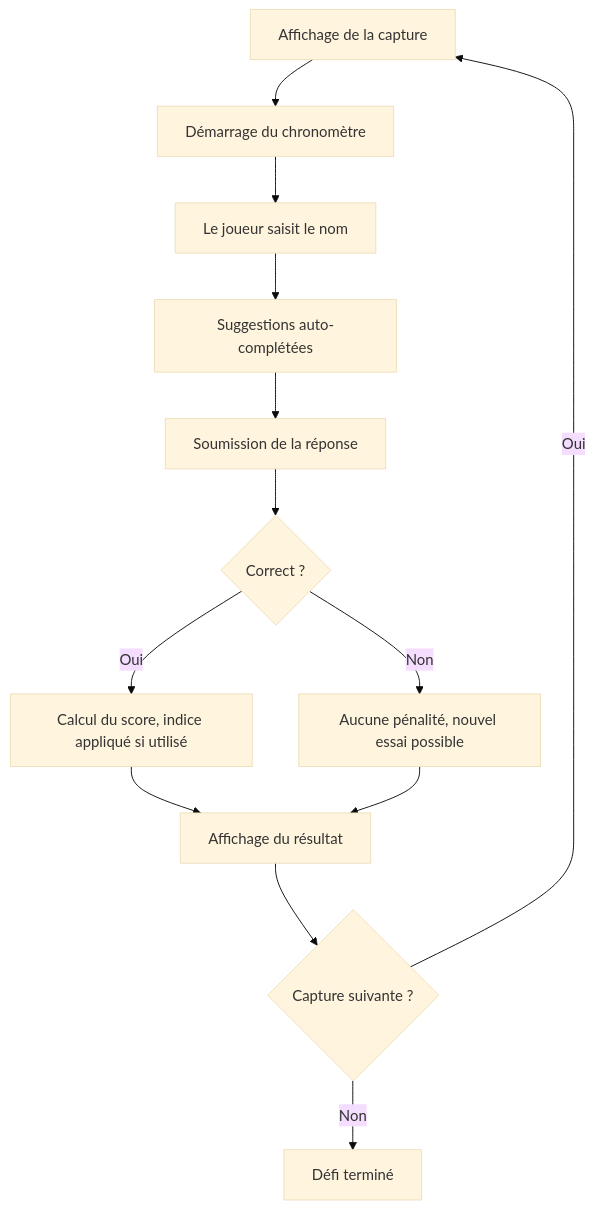
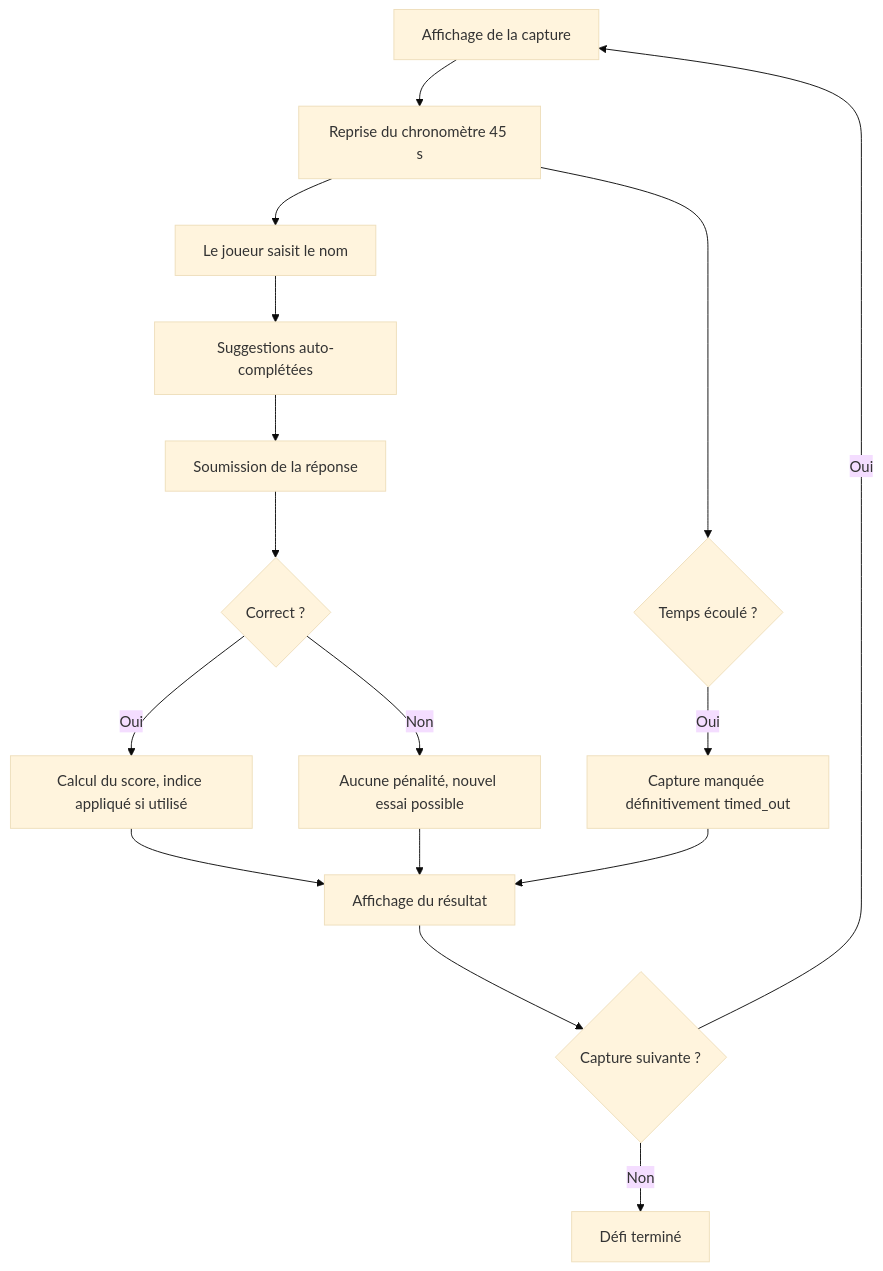
The fourth of 4 diagrams in docs/game-flow.md (Wifsimster/the-box), drawn with Mermaid (base theme) before and after one commit. The commit also changed other lines of this file and 4 other files, not shown here.

````diff
--- a/docs/game-flow.md
+++ b/docs/game-flow.md
@@ -122,15 +141,18 @@
 ```mermaid
 graph TD
-    A[Affichage de la capture] --> B[Démarrage du chronomètre]
+    A[Affichage de la capture] --> B[Reprise du chronomètre 45 s]
     B --> C[Le joueur saisit le nom]
     C --> D[Suggestions auto-complétées]
     D --> E[Soumission de la réponse]
     E --> F{Correct ?}
     F -->|Oui| G[Calcul du score, indice appliqué si utilisé]
     F -->|Non| H[Aucune pénalité, nouvel essai possible]
+    B --> T{Temps écoulé ?}
+    T -->|Oui| U[Capture manquée définitivement timed_out]
     G --> I[Affichage du résultat]
     H --> I
+    U --> I
     I --> J{Capture suivante ?}
     J -->|Oui| A
     J -->|Non| K[Défi terminé]
 ```
````
